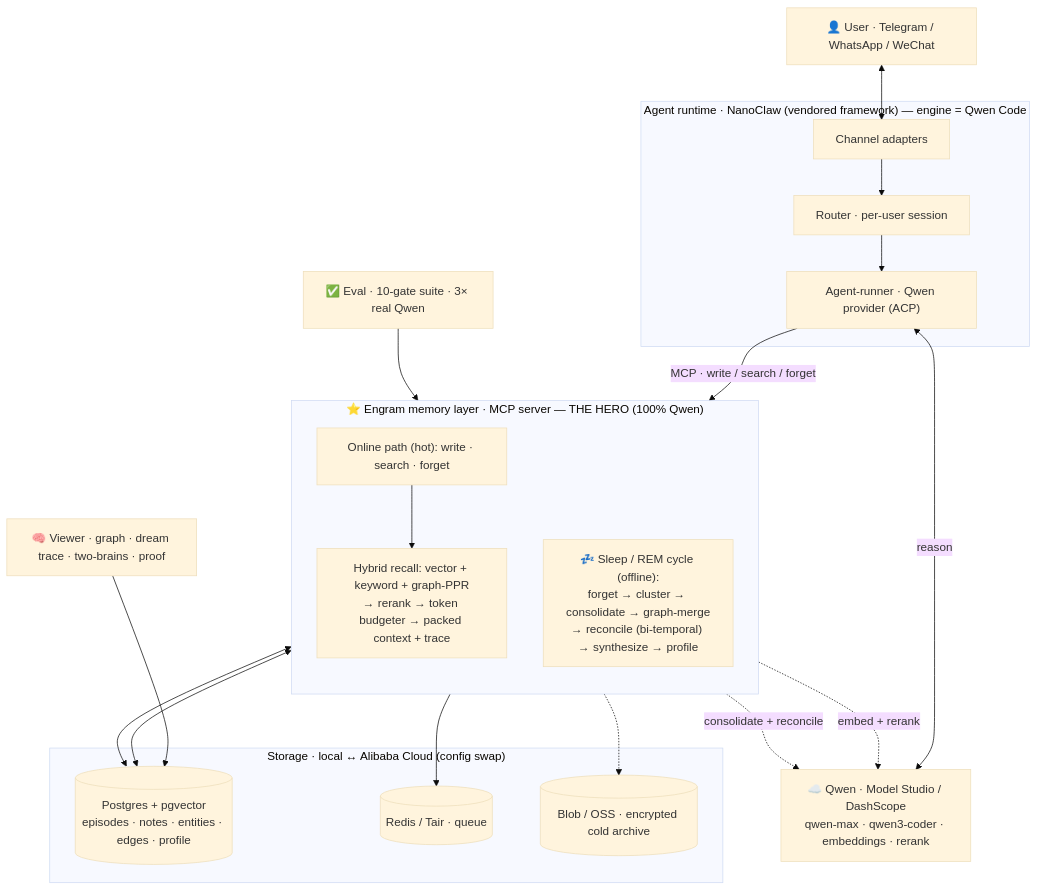
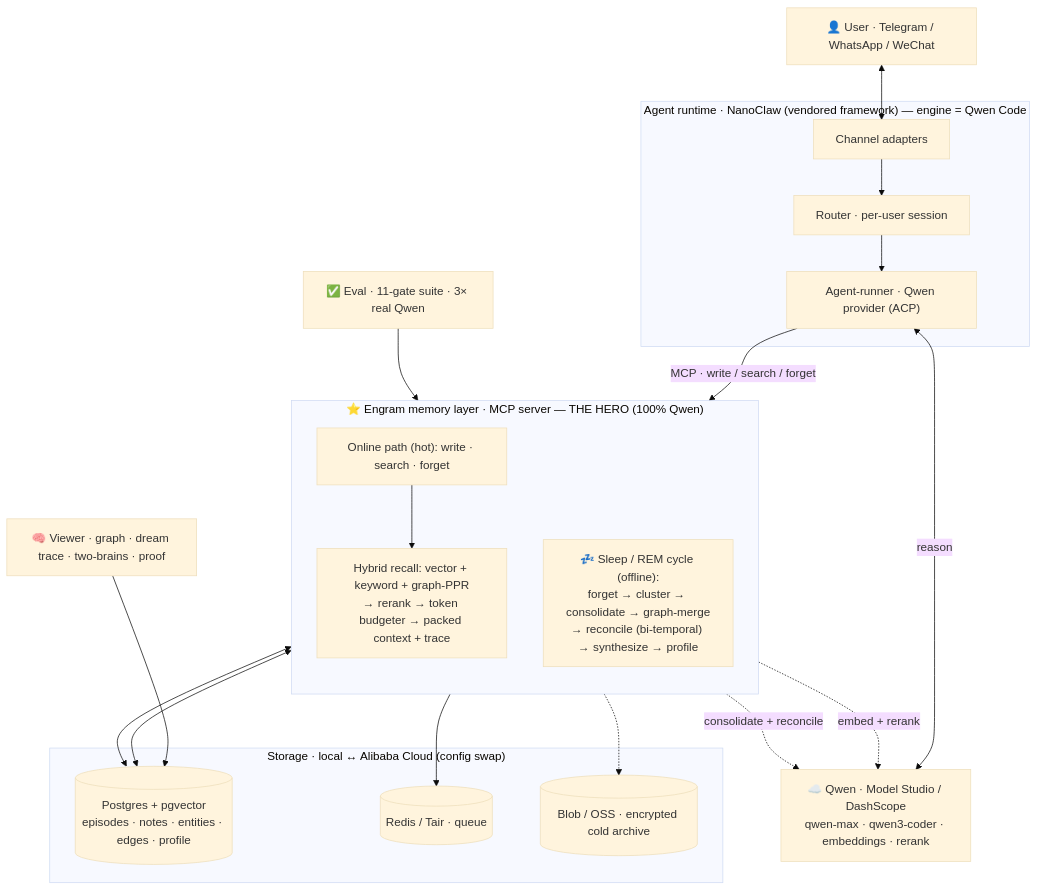
The diagram in README.md (tzechong94/engram), drawn with Mermaid (base theme) before and after one commit. The commit also changed other lines of this file and 12 other files, not shown here.

````diff
--- a/README.md
+++ b/README.md
@@ -82,39 +84,39 @@
 ```mermaid
 flowchart TB
   User["👤 User · Telegram / WhatsApp / WeChat"]
 
   subgraph AGENT["Agent runtime · NanoClaw (vendored framework) — engine = Qwen Code"]
     ADAPT["Channel adapters"] --> ROUTER["Router · per-user session"] --> RUNNER["Agent-runner · Qwen provider (ACP)"]
   end
 
   QWEN["☁️ Qwen · Model Studio / DashScope<br/>qwen-max · qwen3-coder · embeddings · rerank"]
 
   subgraph ENGRAM["⭐ Engram memory layer · MCP server — THE HERO (100% Qwen)"]
     direction TB
     ONLINE["Online path (hot): write · search · forget"]
     RECALL["Hybrid recall: vector + keyword + graph-PPR<br/>→ rerank → token budgeter → packed context + trace"]
     SLEEP["💤 Sleep / REM cycle (offline):<br/>forget → cluster → consolidate → graph-merge<br/>→ reconcile (bi-temporal) → synthesize → profile"]
     ONLINE --> RECALL
   end
 
   subgraph STORE["Storage · local ↔ Alibaba Cloud (config swap)"]
     PG[("Postgres + pgvector<br/>episodes · notes · entities · edges · profile")]
     REDIS[("Redis / Tair · queue")]
     BLOB[("Blob / OSS · encrypted cold archive")]
   end
 
   VIEWER["🧠 Viewer · graph · dream trace · two-brains · proof"]
-  EVAL["✅ Eval · 10-gate suite · 3× real Qwen"]
+  EVAL["✅ Eval · 11-gate suite · 3× real Qwen"]
 
   User <--> ADAPT
   RUNNER <-->|reason| QWEN
   RUNNER -->|"MCP · write / search / forget"| ONLINE
   ONLINE <--> PG
   RECALL -. embed + rerank .-> QWEN
   SLEEP <--> PG
   SLEEP -. consolidate + reconcile .-> QWEN
   ONLINE -.-> BLOB
   ONLINE --> REDIS
   VIEWER --> PG
   EVAL --> ENGRAM
 ```
````
